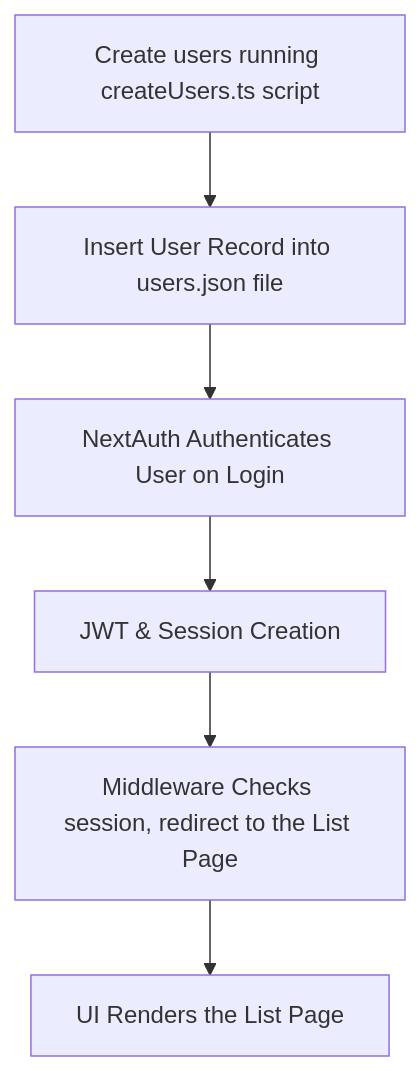
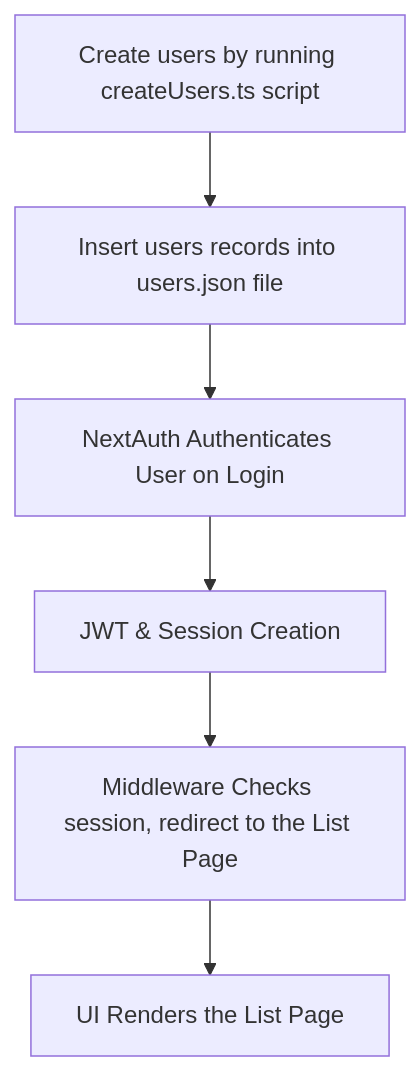
Before and after one commit to xmione/sunvoy: the first of 2 diagrams in Docs/Process Flow - Next.js Authentication.md, drawn with Mermaid.

Commit message:
corrected wordings.

````diff
--- a/Docs/Process Flow - Next.js Authentication.md
+++ b/Docs/Process Flow - Next.js Authentication.md
@@ -32,10 +32,10 @@
 ```mermaid
 flowchart TD
-    A[Create users running createUsers.ts script]
-    A --> B[Insert User Record into users.json file]
+    A[Create users by running createUsers.ts script]
+    A --> B[Insert users records into users.json file]
     B --> C[NextAuth Authenticates User on Login]
     C --> D[JWT & Session Creation ]
     D --> E[Middleware Checks session, redirect to the List Page]
     E --> F[UI Renders the List Page]
 
 ```
````
